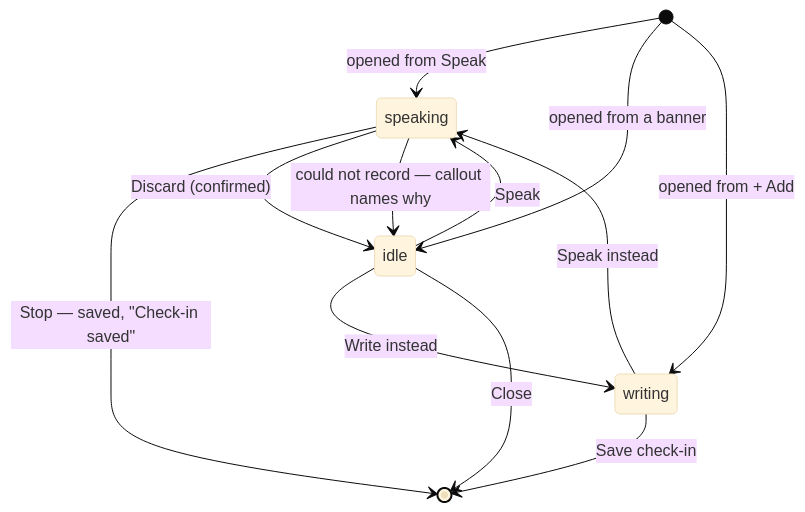
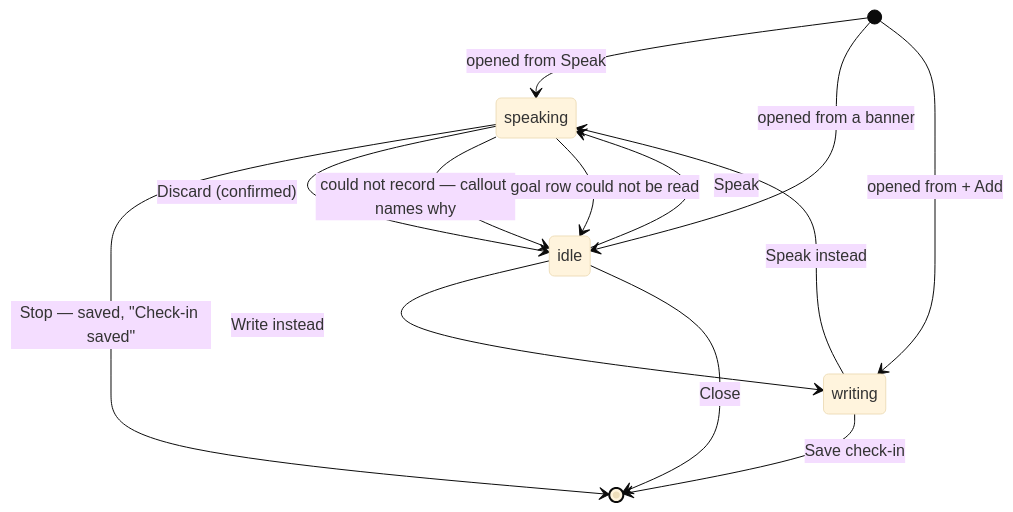
Before and after one commit to matthiasn/lotti: the seventh of 14 diagrams in knowledge/features/goals.md, drawn with Mermaid (base theme). The commit also changed other lines of this file and 34 other files, not shown here.

````diff
--- a/knowledge/features/goals.md
+++ b/knowledge/features/goals.md
@@ -2237,14 +2237,15 @@
 ```mermaid
 stateDiagram-v2
     [*] --> speaking: opened from Speak
     [*] --> idle: opened from a banner
     [*] --> writing: opened from + Add
     speaking --> [*]: Stop — saved, "Check-in saved"
     speaking --> idle: Discard (confirmed)
     speaking --> idle: could not record — callout names why
+    speaking --> idle: goal row could not be read
     idle --> speaking: Speak
     idle --> writing: Write instead
     writing --> speaking: Speak instead
     writing --> [*]: Save check-in
     idle --> [*]: Close
 ```
````
